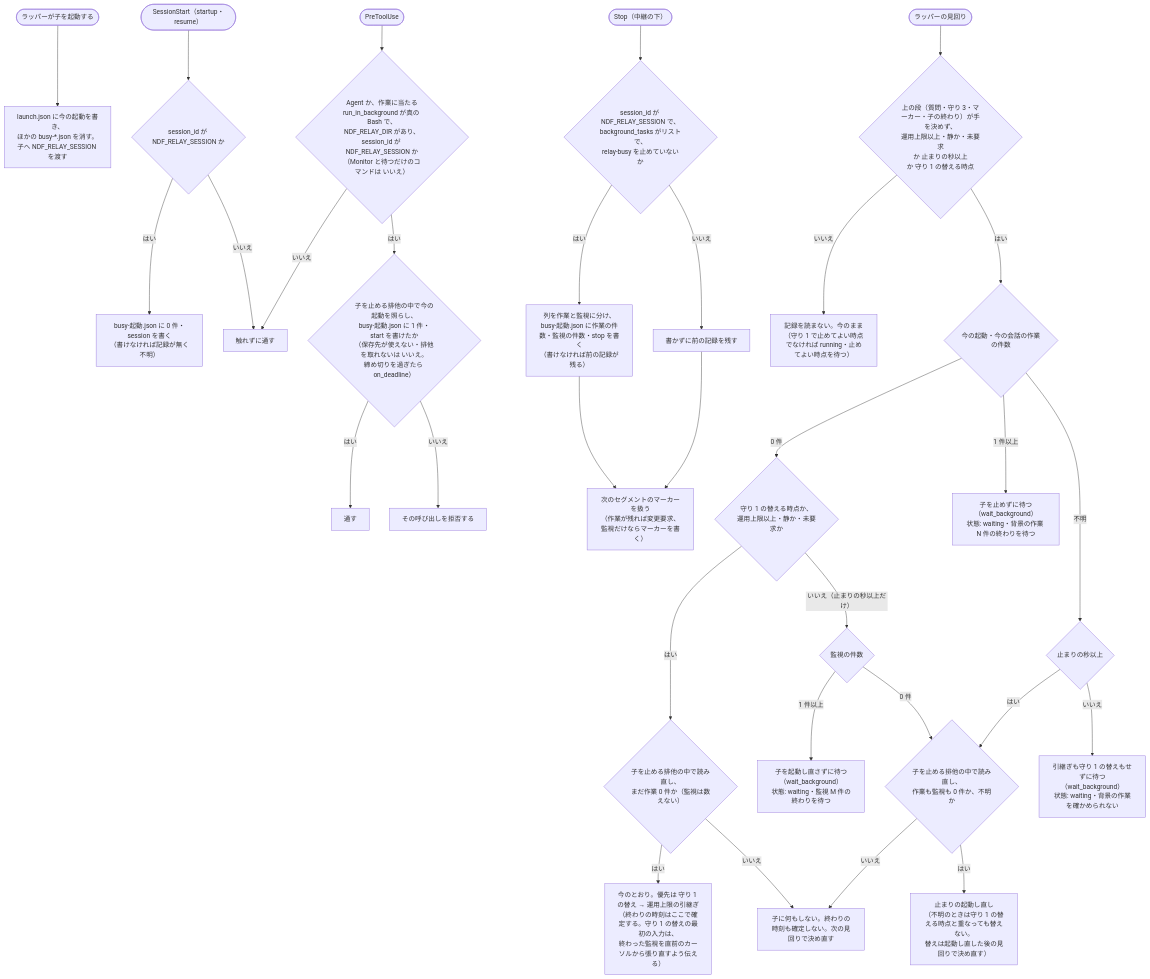
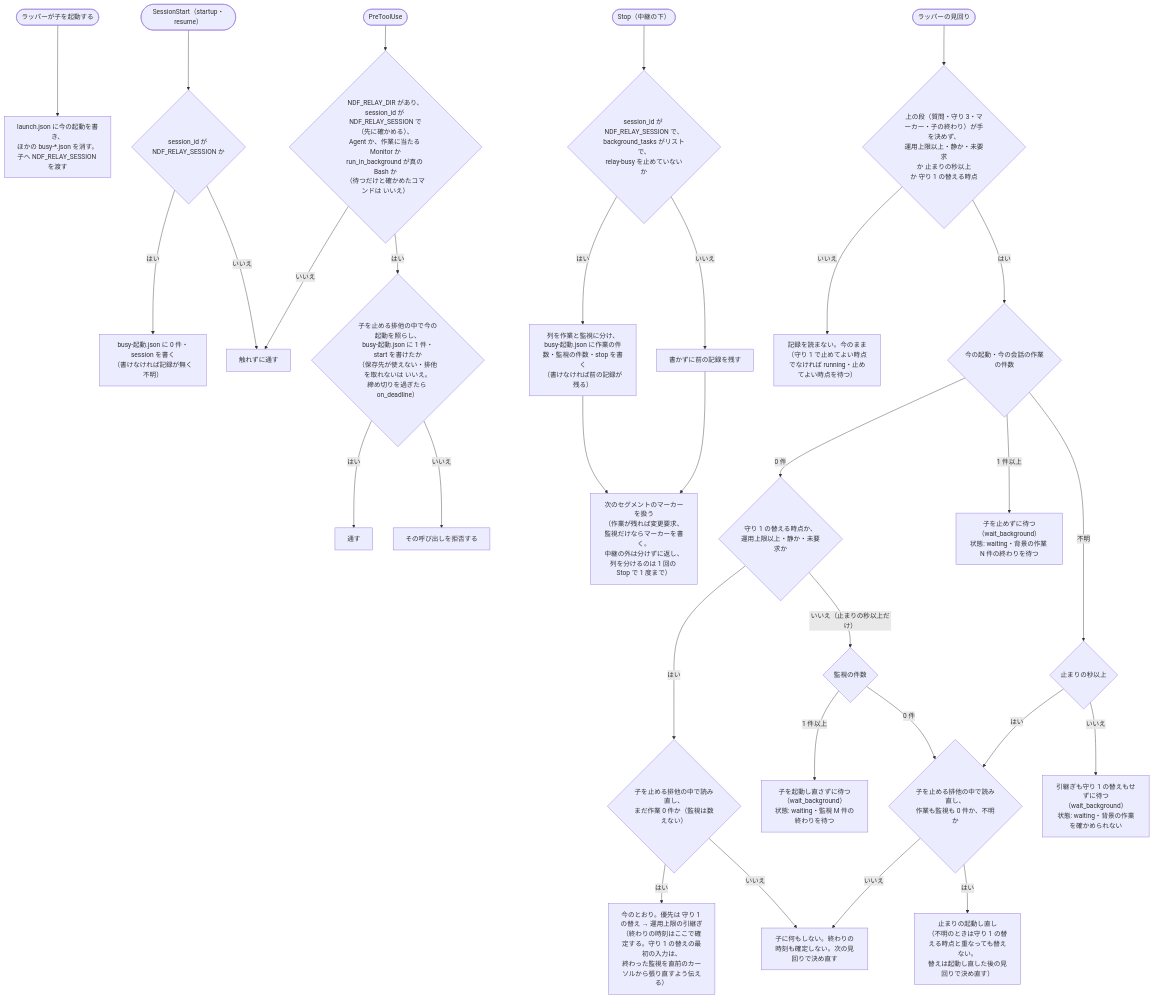
The third of 3 diagrams in issues/issue-4049-design.md (devbasex/ai-plugins), drawn with Mermaid before and after one commit. The commit also changed other lines of this file and 1 other file, not shown here.

Commit message:
Docs: Monitor も起動するコマンドで監視か作業かを分け、`-c`・`eval` の中身は展開を含まない形だけを監視とし、対象の会話を分類より先に確かめるよう #4049 の設計を直す（cross-review の指摘）

````diff
--- a/issues/issue-4049-design.md
+++ b/issues/issue-4049-design.md
@@ -96,33 +96,33 @@
 ```mermaid
 flowchart TD
   ST([ラッパーが子を起動する]) --> L0["launch.json に今の起動を書き、<br>ほかの busy-*.json を消す。<br>子へ NDF_RELAY_SESSION を渡す"]
   SS([SessionStart（startup・resume）]) --> SS1{"session_id が NDF_RELAY_SESSION か"}
   SS1 -- はい --> SS2["busy-起動.json に 0 件・session を書く<br>（書けなければ記録が無く不明）"]
   SS1 -- いいえ --> PN
-  PT([PreToolUse]) --> P1{"Agent か、作業に当たる<br>run_in_background が真の Bash で、<br>NDF_RELAY_DIR があり、<br>session_id が NDF_RELAY_SESSION か<br>（Monitor と待つだけのコマンドは いいえ）"}
+  PT([PreToolUse]) --> P1{"NDF_RELAY_DIR があり、<br>session_id が NDF_RELAY_SESSION で（先に確かめる）、<br>Agent か、作業に当たる Monitor か<br>run_in_background が真の Bash か<br>（待つだけと確かめたコマンドは いいえ）"}
   P1 -- いいえ --> PN[触れずに通す]
   P1 -- はい --> P3{"子を止める排他の中で今の起動を照らし、<br>busy-起動.json に 1 件・start を書けたか<br>（保存先が使えない・排他を取れないは いいえ。<br>締め切りを過ぎたら on_deadline）"}
   P3 -- はい --> PA[通す]
   P3 -- いいえ --> PD[その呼び出しを拒否する]
   SP([Stop（中継の下）]) --> S1{"session_id が NDF_RELAY_SESSION で、<br>background_tasks がリストで、<br>relay-busy を止めていないか"}
   S1 -- いいえ --> SN[書かずに前の記録を残す]
   S1 -- はい --> S3["列を作業と監視に分け、<br>busy-起動.json に作業の件数・監視の件数・stop を書く<br>（書けなければ前の記録が残る）"]
-  S3 --> S4["次のセグメントのマーカーを扱う<br>（作業が残れば変更要求、監視だけならマーカーを書く）"]
+  S3 --> S4["次のセグメントのマーカーを扱う<br>（作業が残れば変更要求、監視だけならマーカーを書く。<br>中継の外は分けずに返し、列を分けるのは 1 回の Stop で 1 度まで）"]
   SN --> S4
   Q([ラッパーの見回り]) --> O{"上の段（質問・守り 3・マーカー・子の終わり）が手を決めず、<br>運用上限以上・静か・未要求<br>か 止まりの秒以上<br>か 守り 1 の替える時点"}
   O -- いいえ --> QN["記録を読まない。今のまま<br>（守り 1 で止めてよい時点でなければ running・止めてよい時点を待つ）"]
   O -- はい --> BG{"今の起動・今の会話の作業の件数"}
   BG -- 0 件 --> M{"守り 1 の替える時点か、<br>運用上限以上・静か・未要求か"}
   M -- はい --> RC{"子を止める排他の中で読み直し、<br>まだ作業 0 件か（監視は数えない）"}
   RC -- はい --> H["今のとおり。優先は 守り 1 の替え → 運用上限の引継ぎ<br>（終わりの時刻はここで確定する。守り 1 の替えの最初の入力は、<br>終わった監視を直前のカーソルから張り直すよう伝える）"]
   RC -- いいえ --> QN2["子に何もしない。終わりの時刻も確定しない。次の見回りで決め直す"]
   M -- "いいえ（止まりの秒以上だけ）" --> MS{"監視の件数"}
   MS -- 1 件以上 --> WM["子を起動し直さずに待つ（wait_background）<br>状態: waiting・監視 M 件の終わりを待つ"]
   MS -- 0 件 --> RS
   BG -- 1 件以上 --> WT["子を止めずに待つ（wait_background）<br>状態: waiting・背景の作業 N 件の終わりを待つ"]
   BG -- 不明 --> U{"止まりの秒以上"}
   U -- はい --> RS{"子を止める排他の中で読み直し、<br>作業も監視も 0 件か、不明か"}
   RS -- はい --> RR["止まりの起動し直し<br>（不明のときは守り 1 の替える時点と重なっても替えない。<br>替えは起動し直した後の見回りで決め直す）"]
   RS -- いいえ --> QN2
   U -- いいえ --> WU["引継ぎも守り 1 の替えもせずに待つ（wait_background）<br>状態: waiting・背景の作業を確かめられない"]
 ```
````
